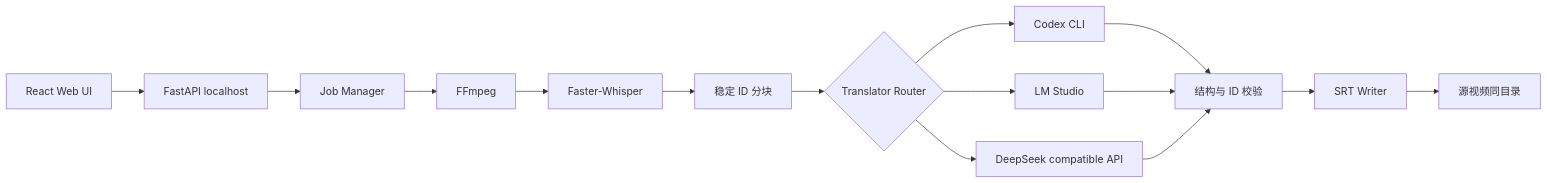
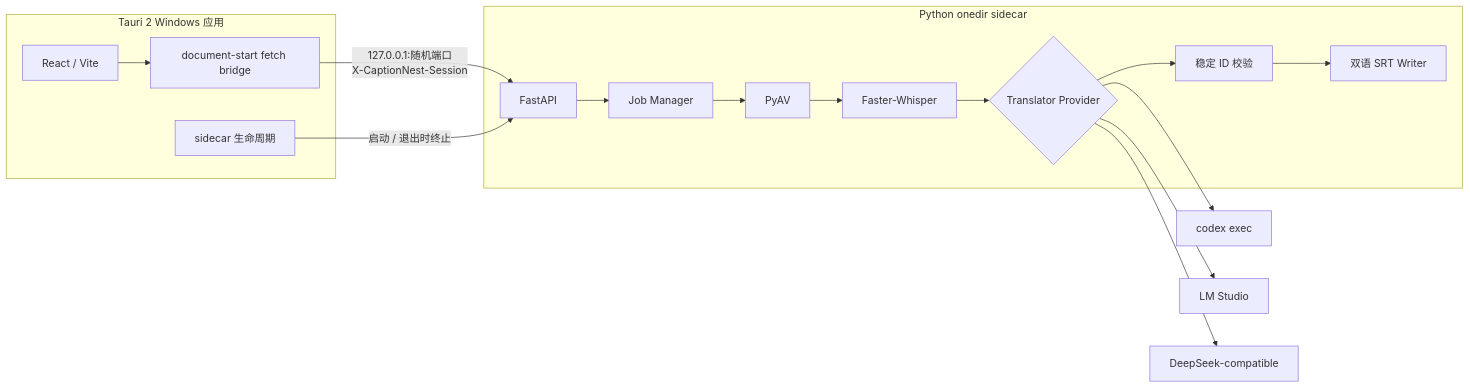
One commit to coconilu/captionnest changed the first of 2 diagrams in docs/architecture.md. Above: the diagram before and after it, drawn with Mermaid. The commit also changed other lines of this file and 93 other files, not shown here.

First line of the commit message:
Build the CaptionNest Windows desktop app

````diff
--- a/docs/architecture.md
+++ b/docs/architecture.md
@@ -3,17 +5,23 @@
 ```mermaid
 flowchart LR
-    UI[React Web UI] --> API[FastAPI localhost]
-    API --> JOB[Job Manager]
-    JOB --> FFMPEG[FFmpeg]
-    FFMPEG --> ASR[Faster-Whisper]
-    ASR --> CHUNK[稳定 ID 分块]
-    CHUNK --> ROUTER{Translator Router}
-    ROUTER --> CODEX[Codex CLI]
-    ROUTER --> LM[LM Studio]
-    ROUTER --> DS[DeepSeek compatible API]
-    CODEX --> VALIDATE[结构与 ID 校验]
-    LM --> VALIDATE
-    DS --> VALIDATE
-    VALIDATE --> SRT[SRT Writer]
-    SRT --> DIR[源视频同目录]
+    subgraph Desktop["Tauri 2 Windows 应用"]
+        WEB["React / Vite"]
+        LIFE["sidecar 生命周期"]
+        BRIDGE["document-start fetch bridge"]
+    end
+    subgraph Python["Python onedir sidecar"]
+        API["FastAPI"]
+        JOB["Job Manager"]
+        AV["PyAV"]
+        ASR["Faster-Whisper"]
+        ROUTER{"Translator Provider"}
+        VALIDATE["稳定 ID 校验"]
+        SRT["双语 SRT Writer"]
+    end
+    WEB --> BRIDGE -->|"127.0.0.1:随机端口\nX-CaptionNest-Session"| API
+    LIFE -->|"启动 / 退出时终止"| API
+    API --> JOB --> AV --> ASR --> ROUTER --> VALIDATE --> SRT
+    ROUTER --> CODEX["codex exec"]
+    ROUTER --> LM["LM Studio"]
+    ROUTER --> DS["DeepSeek-compatible"]
 ```
````
